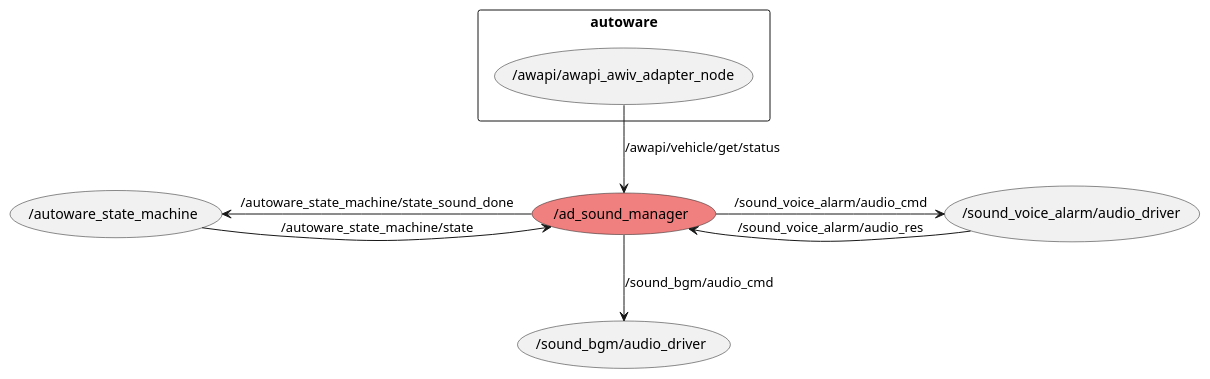
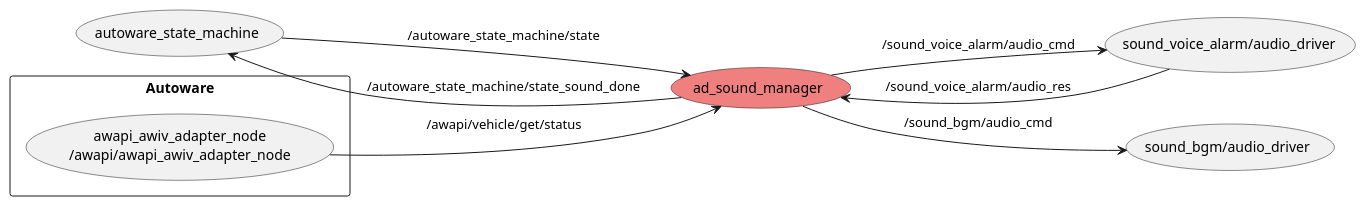
Before and after one commit to eve-autonomy/ad_sound_manager: the diagram in docs/node_graph.pu, drawn with PlantUML. The commit also changed 1 other file, not shown here.

Commit message:
Refactor sound manager docs

```diff
--- a/docs/node_graph.pu
+++ b/docs/node_graph.pu
@@ -1,17 +1,19 @@
 @startuml
-rectangle "autoware" {
-  usecase "/awapi/awapi_awiv_adapter_node"
+left to right direction
+
+rectangle "Autoware" {
+  usecase "awapi_awiv_adapter_node\n/awapi/awapi_awiv_adapter_node" as awapi
 }
 
-usecase "/autoware_state_machine"
-usecase "/ad_sound_manager" #LightCoral
-usecase "/sound_voice_alarm/audio_driver"
-usecase "/sound_bgm/audio_driver"
+usecase "autoware_state_machine" as state_machine
+usecase "ad_sound_manager" as sound_manager #LightCoral
+usecase "sound_voice_alarm/audio_driver" as voice_driver
+usecase "sound_bgm/audio_driver" as bgm_driver
 
-(/awapi/awapi_awiv_adapter_node) --> (/ad_sound_manager) : /awapi/vehicle/get/status
-(/autoware_state_machine) -> (/ad_sound_manager) : /autoware_state_machine/state
-(/autoware_state_machine) <- (/ad_sound_manager) : /autoware_state_machine/state_sound_done
-(/ad_sound_manager) -> (/sound_voice_alarm/audio_driver) : /sound_voice_alarm/audio_cmd
-(/ad_sound_manager) <- (/sound_voice_alarm/audio_driver) : /sound_voice_alarm/audio_res
-(/ad_sound_manager) --> (/sound_bgm/audio_driver) : /sound_bgm/audio_cmd
+awapi --> sound_manager : /awapi/vehicle/get/status
+state_machine --> sound_manager : /autoware_state_machine/state
+sound_manager --> state_machine : /autoware_state_machine/state_sound_done
+sound_manager --> voice_driver : /sound_voice_alarm/audio_cmd
+voice_driver --> sound_manager : /sound_voice_alarm/audio_res
+sound_manager --> bgm_driver : /sound_bgm/audio_cmd
 @enduml
```
